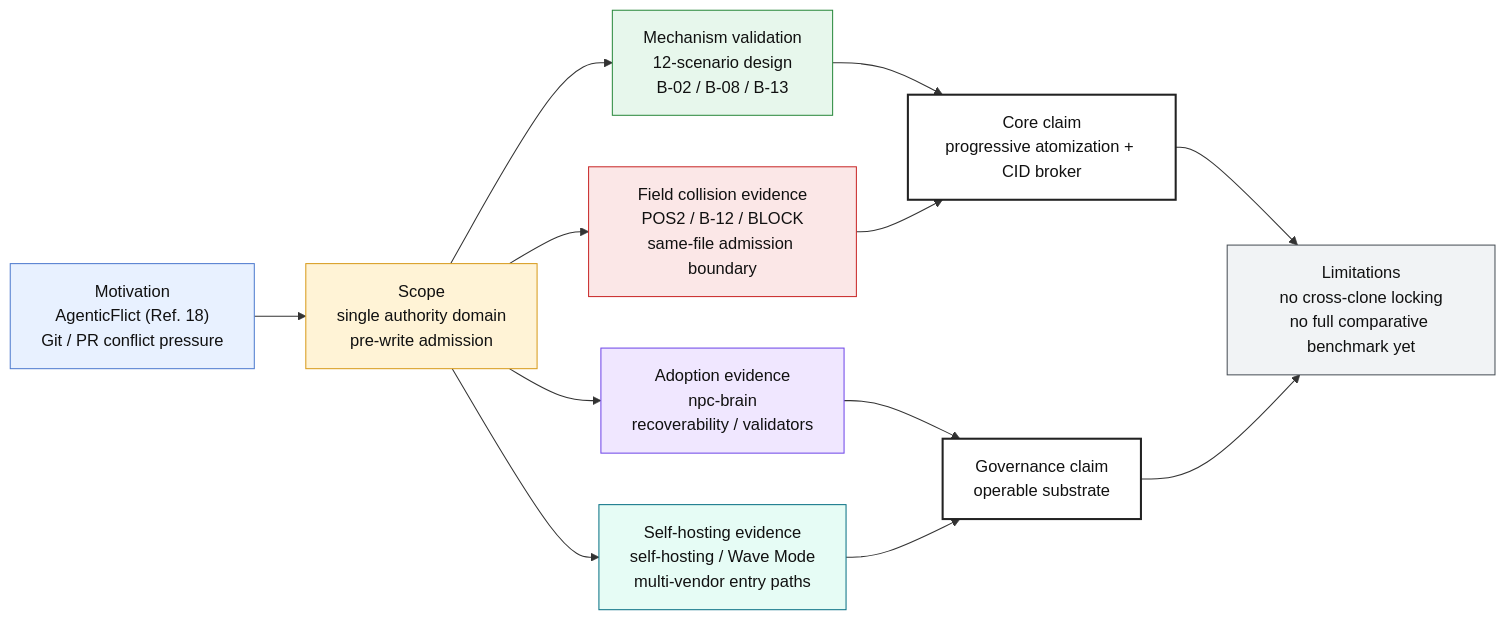
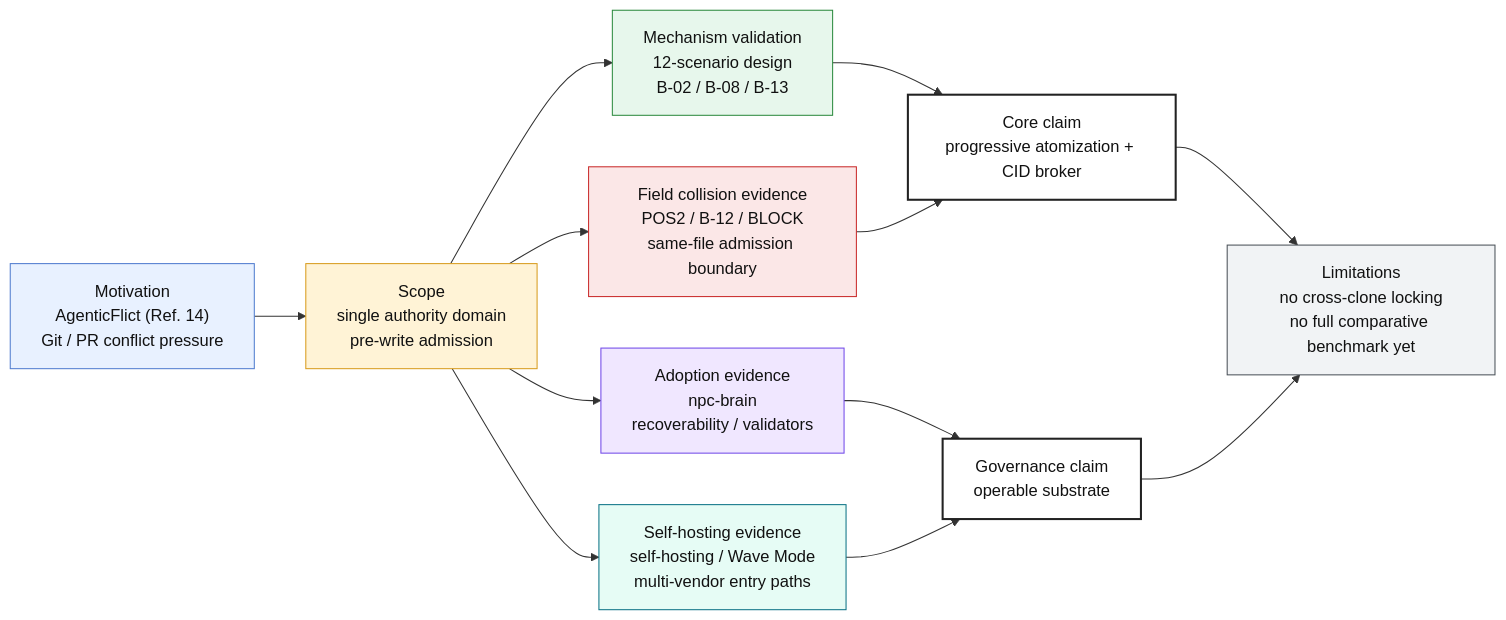
One commit to eaglhuang/3klife changed the fourth of 4 diagrams in docs/ai_atomic_framework/arxiv-paper-v1/paper.v3.1.en.md. Above: the diagram before and after it, drawn with Mermaid. The commit also changed other lines of this file and 2 other files, not shown here.

````diff
--- a/docs/ai_atomic_framework/arxiv-paper-v1/paper.v3.1.en.md
+++ b/docs/ai_atomic_framework/arxiv-paper-v1/paper.v3.1.en.md
@@ -764,23 +701,23 @@
 ```mermaid
 flowchart LR
-    M["Motivation<br/>AgenticFlict (Ref. 18)<br/>Git / PR conflict pressure"] --> S["Scope<br/>single authority domain<br/>pre-write admission"]
+    M["Motivation<br/>AgenticFlict (Ref. 14)<br/>Git / PR conflict pressure"] --> S["Scope<br/>single authority domain<br/>pre-write admission"]
     S --> F["Mechanism validation<br/>12-scenario design<br/>B-02 / B-08 / B-13"]
     S --> C["Field collision evidence<br/>POS2 / B-12 / BLOCK<br/>same-file admission boundary"]
     S --> A["Adoption evidence<br/>npc-brain<br/>recoverability / validators"]
     S --> D["Self-hosting evidence<br/>self-hosting / Wave Mode<br/>multi-vendor entry paths"]
     F --> K["Core claim<br/>progressive atomization + CID broker"]
     C --> K
     A --> G["Governance claim<br/>operable substrate"]
     D --> G
     K --> L["Limitations<br/>no cross-clone locking<br/>no full comparative benchmark yet"]
     G --> L
     style M fill:#e8f1ff,stroke:#4f7ccf,color:#111
     style S fill:#fff3d6,stroke:#d89b1d,color:#111
     style F fill:#e7f7ec,stroke:#2b8a3e,color:#111
     style C fill:#fbe7e7,stroke:#c92a2a,color:#111
     style A fill:#f0e7ff,stroke:#7048e8,color:#111
     style D fill:#e6fcf5,stroke:#0b7285,color:#111
     style K fill:#ffffff,stroke:#222,stroke-width:2px,color:#111
     style G fill:#ffffff,stroke:#222,stroke-width:2px,color:#111
     style L fill:#f1f3f5,stroke:#495057,color:#111
 ```
````
